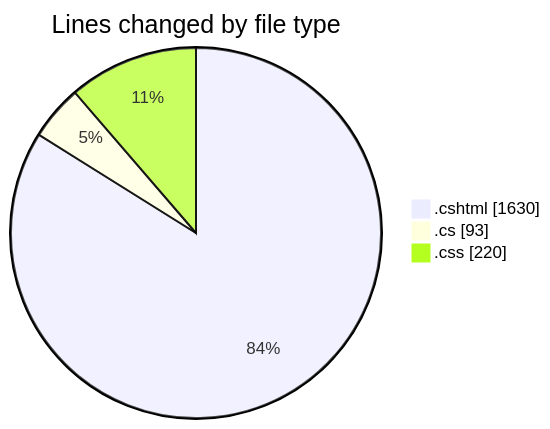
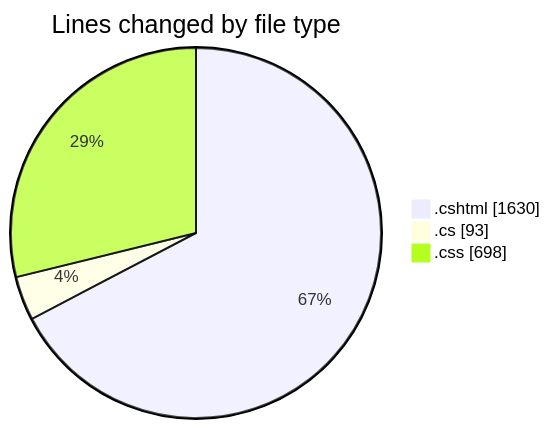
Before and after one commit to lephambinh05/code-tracking: the first of 2 diagrams in 2025-07-20/nhahang/README.md, drawn with Mermaid. The commit also changed other lines of this file and 1 other file, not shown here.

````diff
--- a/2025-07-20/nhahang/README.md
+++ b/2025-07-20/nhahang/README.md
@@ -26,7 +27,7 @@
 ```mermaid
 pie showData
 title Lines changed by file type
 ".cshtml" : 1630
 ".cs" : 93
-".css" : 220
+".css" : 698
 ```
````
